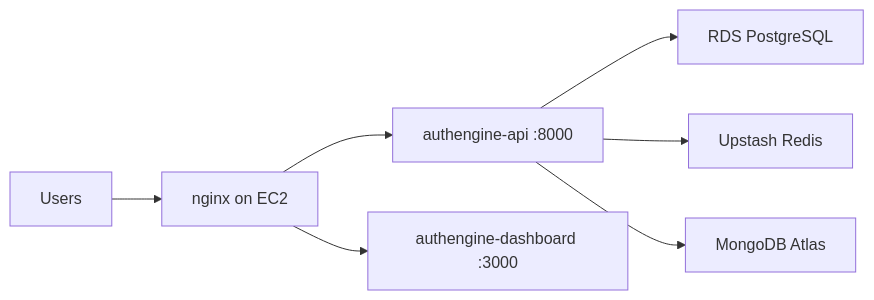
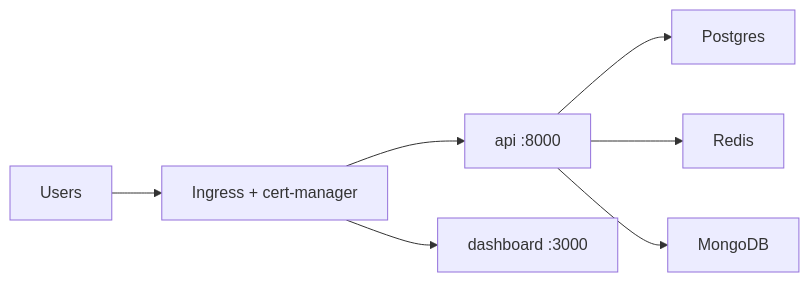
The diagram in docs/deployment.md (auth-engine/auth-engine-docs), drawn with Mermaid before and after one commit. The commit also changed other lines of this file and 3 other files, not shown here.

````diff
--- a/docs/deployment.md
+++ b/docs/deployment.md
@@ -42,17 +43,17 @@
 ```mermaid
 flowchart LR
     users["Users"]
-    nginx["nginx on EC2"]
-    api["authengine-api :8000"]
-    fe["authengine-dashboard :3000"]
-    rds["RDS PostgreSQL"]
-    redis["Upstash Redis"]
-    atlas["MongoDB Atlas"]
+    ingress["Ingress + cert-manager"]
+    api["api :8000"]
+    fe["dashboard :3000"]
+    pg["Postgres"]
+    mongo["MongoDB"]
+    redis["Redis"]
 
-    users --> nginx
-    nginx --> api
-    nginx --> fe
-    api --> rds
+    users --> ingress
+    ingress --> api
+    ingress --> fe
+    api --> pg
     api --> redis
-    api --> atlas
+    api --> mongo
 ```
````
